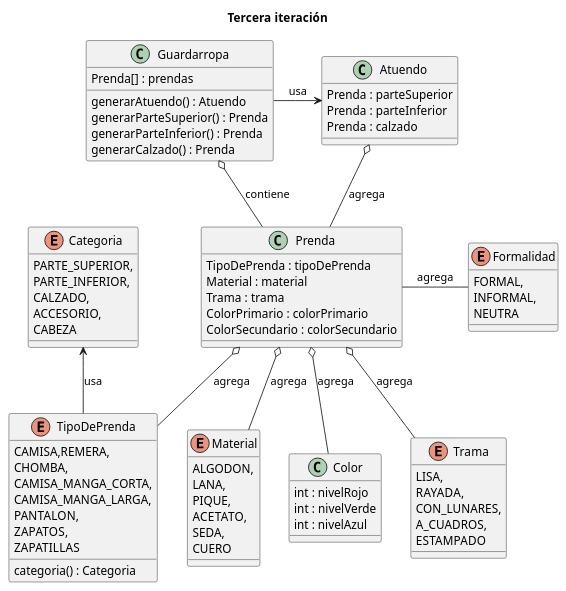
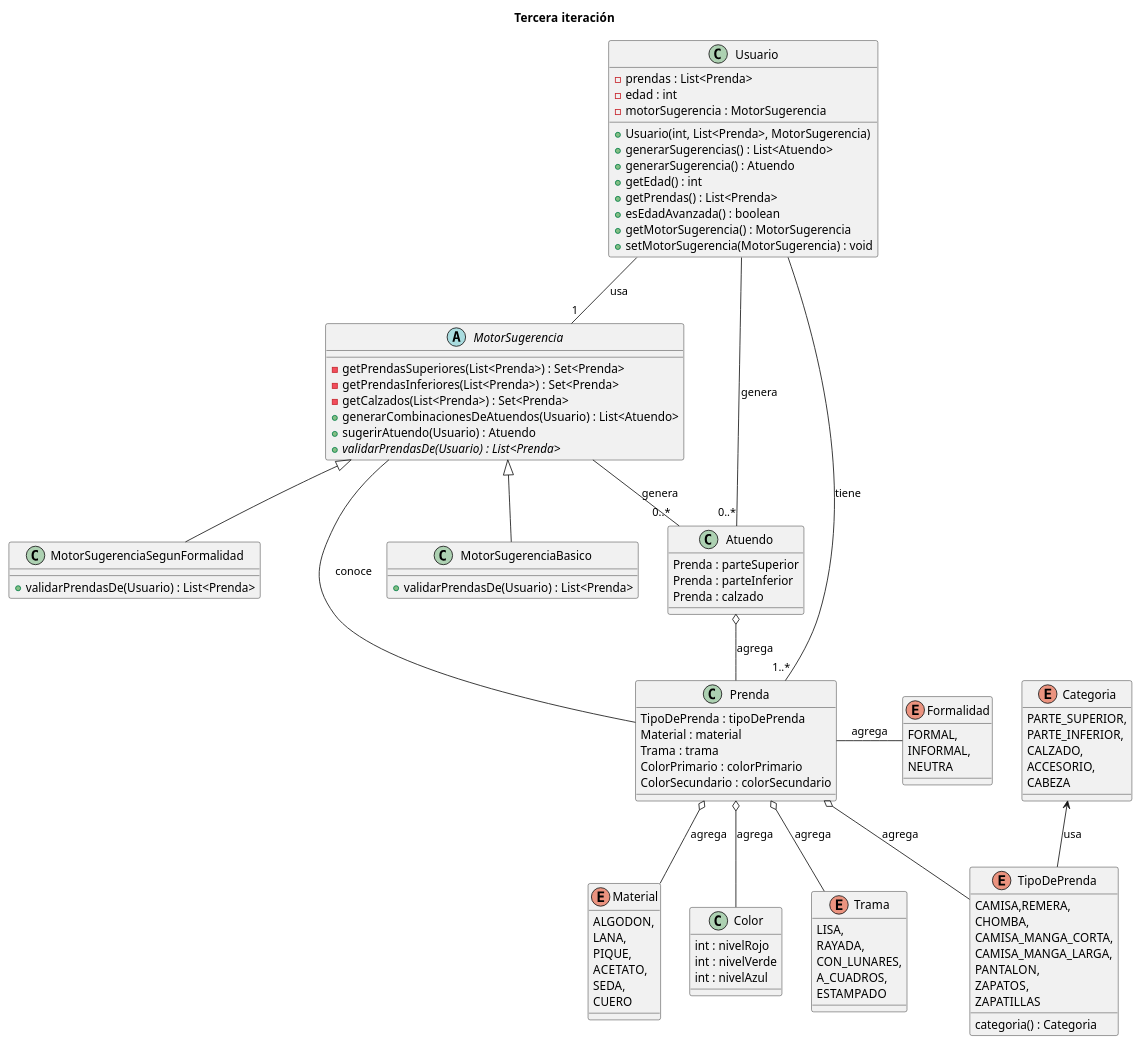
One commit to JuanIgnPer/dds_que-me-pongo changed the diagram in documentacion/diagrama_clases_tercera_iteracion.puml. Above: the diagram before and after it, drawn with PlantUML. The commit also changed 8 other files, not shown here.

Commit message:
Iteracion 3 - Agrego MotorSugerencia, diagramas y coverage

```diff
--- a/documentacion/diagrama_clases_tercera_iteracion.puml
+++ b/documentacion/diagrama_clases_tercera_iteracion.puml
@@ -1,85 +1,116 @@
 @startuml
 title Tercera iteración
 
 class Prenda {
     TipoDePrenda : tipoDePrenda
     Material : material
     Trama : trama
     ColorPrimario : colorPrimario
     ColorSecundario : colorSecundario
 }
 
 enum TipoDePrenda {
     CAMISA,REMERA,
     CHOMBA,
     CAMISA_MANGA_CORTA,
     CAMISA_MANGA_LARGA,
     PANTALON,
     ZAPATOS,
     ZAPATILLAS
     categoria() : Categoria
 }
 
 enum Material {
   ALGODON,
   LANA,
   PIQUE,
   ACETATO,
   SEDA,
   CUERO
 }
 
 class Color {
     int : nivelRojo
     int : nivelVerde
     int : nivelAzul
 }
 
 enum Categoria {
   PARTE_SUPERIOR,
   PARTE_INFERIOR,
   CALZADO,
   ACCESORIO,
   CABEZA
 }
 
 enum Trama {
   LISA,
   RAYADA,
   CON_LUNARES,
   A_CUADROS,
   ESTAMPADO
 }
 
-class Guardarropa{
-    Prenda[] : prendas
-    generarAtuendo() : Atuendo
-    generarParteSuperior() : Prenda
-    generarParteInferior() : Prenda
-    generarCalzado() : Prenda
+abstract class MotorSugerencia {
+    - getPrendasSuperiores(List<Prenda>) : Set<Prenda>
+    - getPrendasInferiores(List<Prenda>) : Set<Prenda>
+    - getCalzados(List<Prenda>) : Set<Prenda>
+    + generarCombinacionesDeAtuendos(Usuario) : List<Atuendo>
+    + sugerirAtuendo(Usuario) : Atuendo
+    + {abstract} validarPrendasDe(Usuario) : List<Prenda>
+}
+
+class MotorSugerenciaBasico {
+    + validarPrendasDe(Usuario) : List<Prenda>
+}
+
+class MotorSugerenciaSegunFormalidad{
+    + validarPrendasDe(Usuario) : List<Prenda>
 }
 
 class Atuendo{
     Prenda : parteSuperior
     Prenda : parteInferior
     Prenda : calzado
 }
 
 enum Formalidad{
     FORMAL,
     INFORMAL,
     NEUTRA
 }
 
 Prenda o-- TipoDePrenda : agrega
 Prenda o-- Color : agrega
 Prenda o-- Material : agrega
 Prenda o-- Trama : agrega
 TipoDePrenda -up-> Categoria : usa
 
-Guardarropa o-- Prenda : contiene
-Guardarropa -right-> Atuendo : usa
 Atuendo o-- Prenda: agrega
 
 Prenda - Formalidad : agrega
+
+MotorSugerenciaBasico -up-|> MotorSugerencia
+MotorSugerenciaSegunFormalidad -up-|> MotorSugerencia
+MotorSugerencia -- "0..*" Atuendo : genera
+MotorSugerencia -- Prenda: conoce
+
+class Usuario {
+    - prendas : List<Prenda>
+    - edad : int
+    - motorSugerencia : MotorSugerencia
+    + Usuario(int, List<Prenda>, MotorSugerencia)
+    + generarSugerencias() : List<Atuendo>
+    + generarSugerencia() : Atuendo
+    + getEdad() : int
+    + getPrendas() : List<Prenda>
+    + esEdadAvanzada() : boolean
+    + getMotorSugerencia() : MotorSugerencia
+    + setMotorSugerencia(MotorSugerencia) : void
+}
+
+Usuario -- "1" MotorSugerencia : usa
+Usuario -- "1..*" Prenda : tiene
+Usuario -- "0..*" Atuendo : genera
+
 @enduml
```
